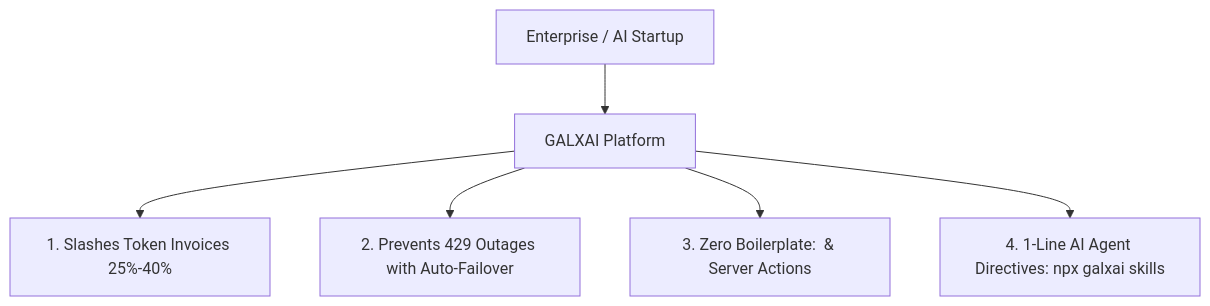
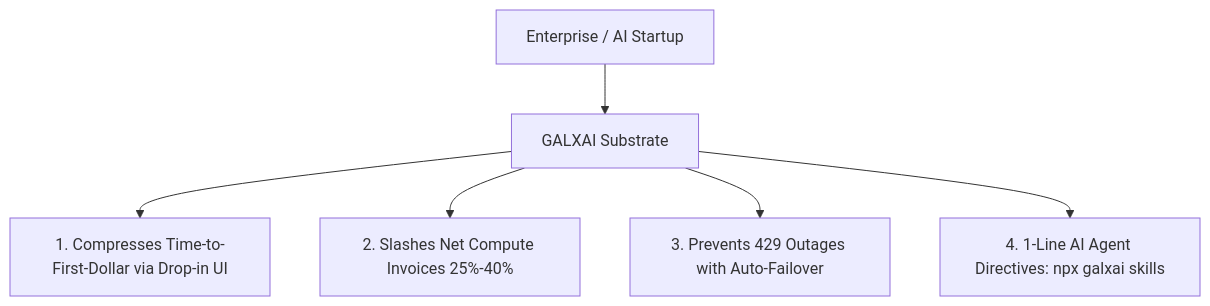
One commit to CardSorting/GALXAI changed the diagram in docs/investors/01_EXECUTIVE_SUMMARY_AND_MEMO.md. Above: the diagram before and after it, drawn with Mermaid. The commit also changed other lines of this file and 36 other files, not shown here.

````diff
--- a/docs/investors/01_EXECUTIVE_SUMMARY_AND_MEMO.md
+++ b/docs/investors/01_EXECUTIVE_SUMMARY_AND_MEMO.md
@@ -42,8 +44,8 @@
 ```mermaid
 graph TD
-    A[Enterprise / AI Startup] --> B[GALXAI Platform]
-    B --> C[1. Slashes Token Invoices 25%-40%]
-    B --> D[2. Prevents 429 Outages with Auto-Failover]
-    B --> E[3. Zero Boilerplate: <GalxImage /> & Server Actions]
+    A[Enterprise / AI Startup] --> B[GALXAI Substrate]
+    B --> C[1. Compresses Time-to-First-Dollar via Drop-in UI]
+    B --> D[2. Slashes Net Compute Invoices 25%-40%]
+    B --> E[3. Prevents 429 Outages with Auto-Failover]
     B --> F[4. 1-Line AI Agent Directives: npx galxai skills]
 ```
````
